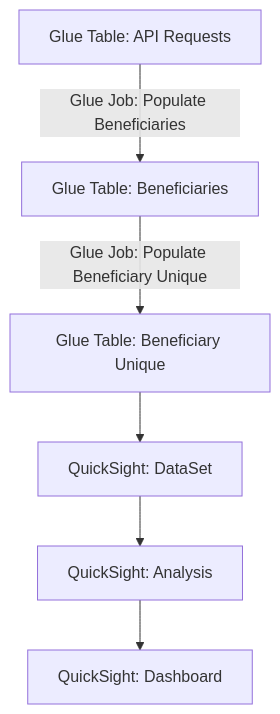
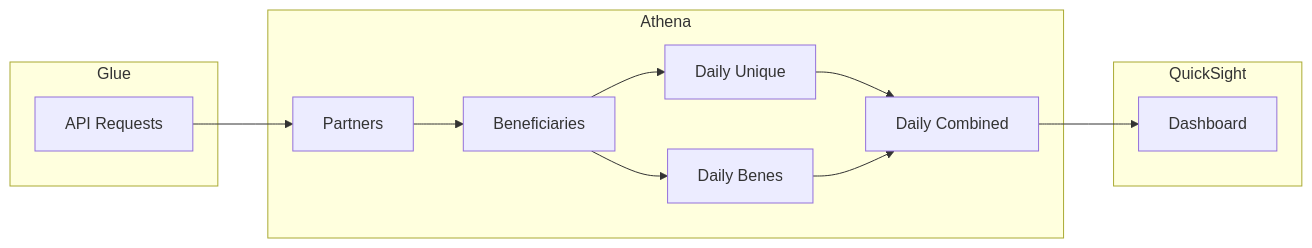
Before and after one commit to CMSgov/beneficiary-fhir-data: the diagram in insights/terraform/projects/bfd/README.md, drawn with Mermaid. The commit also changed other lines of this file and 3 other files, not shown here.

````diff
--- a/insights/terraform/projects/bfd/README.md
+++ b/insights/terraform/projects/bfd/README.md
@@ -80,8 +80,27 @@
 ```mermaid
-flowchart TD
-    APIRequests["Glue Table: API Requests"] -->|Glue Job: Populate Beneficiaries| Beneficiaries["Glue Table: Beneficiaries"]
-    Beneficiaries -->|Glue Job: Populate Beneficiary Unique| BeneUnique["Glue Table: Beneficiary Unique"]
-    BeneUnique --> DataSet["QuickSight: DataSet"]
-    DataSet --> Analysis["QuickSight: Analysis"]
-    Analysis --> Dashboard["QuickSight: Dashboard"]
+flowchart LR
+
+    subgraph Glue
+        APIRequests["API Requests"]
+    end
+
+    subgraph Athena
+        Partners
+        Beneficiaries
+        DailyUnique["Daily Unique"]
+        DailyBenes["Daily Benes"]
+        DailyCombined["Daily Combined"]
+    end
+
+    subgraph QuickSight
+        Dashboard
+    end
+
+    APIRequests --> Partners
+    Partners --> Beneficiaries
+    Beneficiaries --> DailyUnique
+    Beneficiaries --> DailyBenes
+    DailyUnique --> DailyCombined
+    DailyBenes --> DailyCombined
+    DailyCombined --> Dashboard
 ```
````
